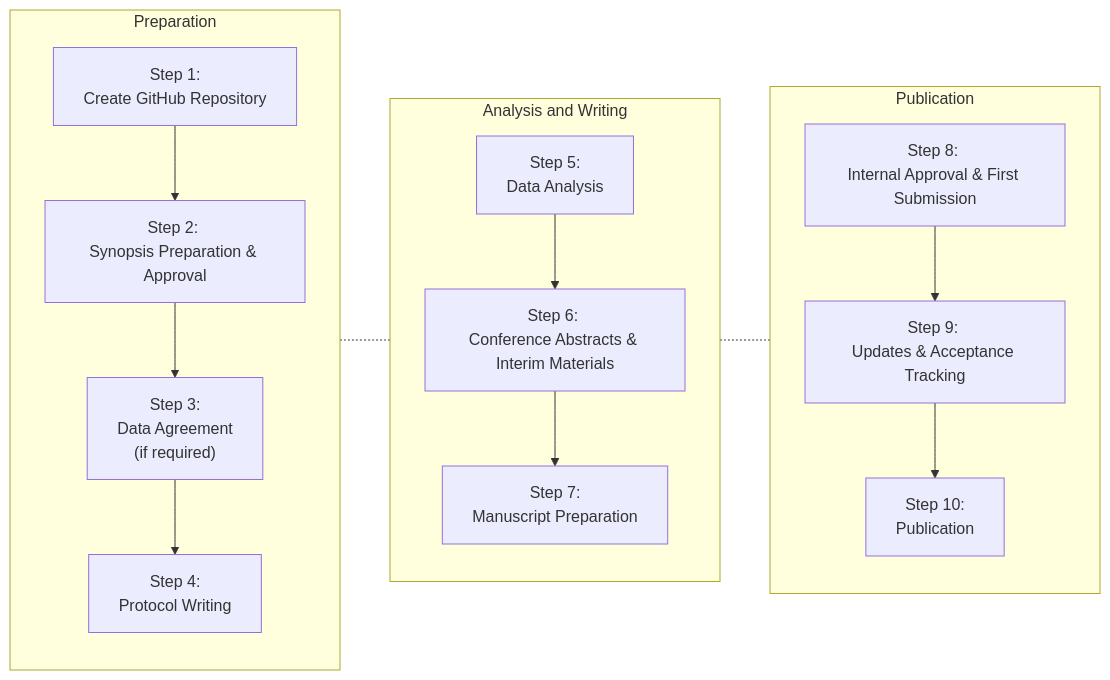
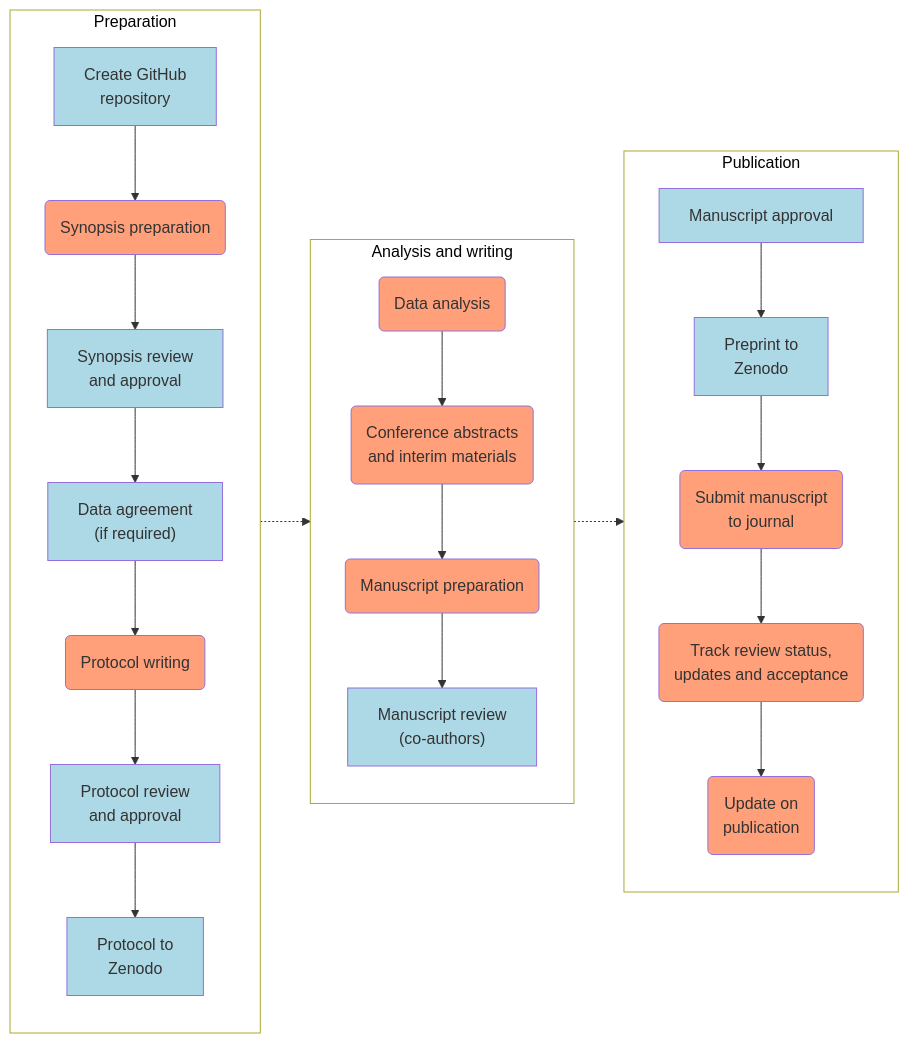
Before and after one commit to dp-next/wp1-ros: the diagram in managing/publishing.qmd, drawn with Mermaid.

Commit message:
fix: :pencil2: edits to flow diagram

````diff
--- a/managing/publishing.qmd
+++ b/managing/publishing.qmd
@@ -132,30 +132,43 @@
 ```{mermaid}
-%%| fig-cap: "Figure 1: Publication Life Cycle — Steps to follow during the publication life cycle of a DP-Next project (Section 17.2.2)"
-%%| fig-alt: ""
+%%| label: fig-publication-steps
+%%| fig-cap: "Publication steps to follow during the life cycle of a DP-Next project. The rounded boxes in orange are tasks you are responsible for doing. The rectangular ones in light blue are for the committee members to do."
+%%| fig-alt: "Boxes and arrows indicating the flow of tasks from preparation to publication. The boxes are colored according to whether they are the responsibility of the authors or the committee members. These tasks are visual representations of the text below."
 graph LR
     subgraph S1["Preparation"]
-    A --> B --> C --> D
+      A["Create GitHub<br>repository"]:::ours
+      B1("Synopsis preparation"):::yours
+      B2["Synopsis review<br>and approval"]:::ours
+      C["Data agreement<br>(if required)"]:::ours
+      D1("Protocol writing"):::yours
+      D2["Protocol review<br>and approval"]:::ours
+      D3["Protocol to<br>Zenodo"]:::ours
+      A --> B1 --> B2 --> C --> D1 --> D2 --> D3
     end
 
-    subgraph S2["Analysis and Writing"]
-    E --> F --> G
+    subgraph S2["Analysis and writing"]
+      E("Data analysis"):::yours
+      F("Conference abstracts<br>and interim materials"):::yours
+      G1("Manuscript preparation"):::yours
+      G2["Manuscript review<br>(co-authors)"]:::ours
+      E --> F --> G1 --> G2
     end
 
     subgraph S3["Publication"]
-    H --> I --> J
+      H1["Manuscript approval"]:::ours
+      H2["Preprint to<br>Zenodo"]:::ours
+      I["GitHub repository<br>to Zenodo"]:::ours
+      I("Submit manuscript<br>to journal"):::yours
+      J("Track review status,<br>updates and acceptance"):::yours
+      K("Update on<br>publication"):::yours
+      H1 --> H2 --> I --> J --> K
     end
 
-    S1 -.- S2
-    S2 -.- S3
+    S1 -.-> S2
+    S2 -.-> S3
 
-    A["Step 1: <br/>Create GitHub Repository"]
-    B["Step 2: <br/>Synopsis Preparation & Approval"]
-    C["Step 3: <br/>Data Agreement<br/>(if required)"]
-    D["Step 4: <br/>Protocol Writing"]
-    E["Step 5: <br/>Data Analysis"]
-    F["Step 6: <br/>Conference Abstracts & Interim Materials"]
-    G["Step 7: <br/>Manuscript Preparation"]
-    H["Step 8: <br/>Internal Approval & First Submission"]
-    I["Step 9: <br/>Updates & Acceptance Tracking"]
-    J["Step 10: <br/>Publication"]
+    style S1 fill:#FFFFFF, color:#000000
+    style S2 fill:#FFFFFF, color:#000000
+    style S3 fill:#FFFFFF, color:#000000
+    classDef ours fill:#ADD8E6;
+    classDef yours fill:#FFA07A;
 ```
````
